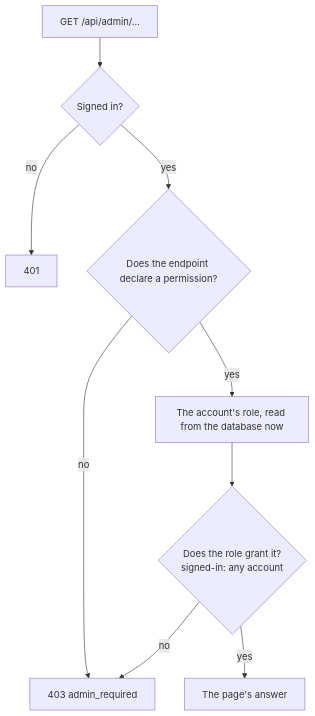
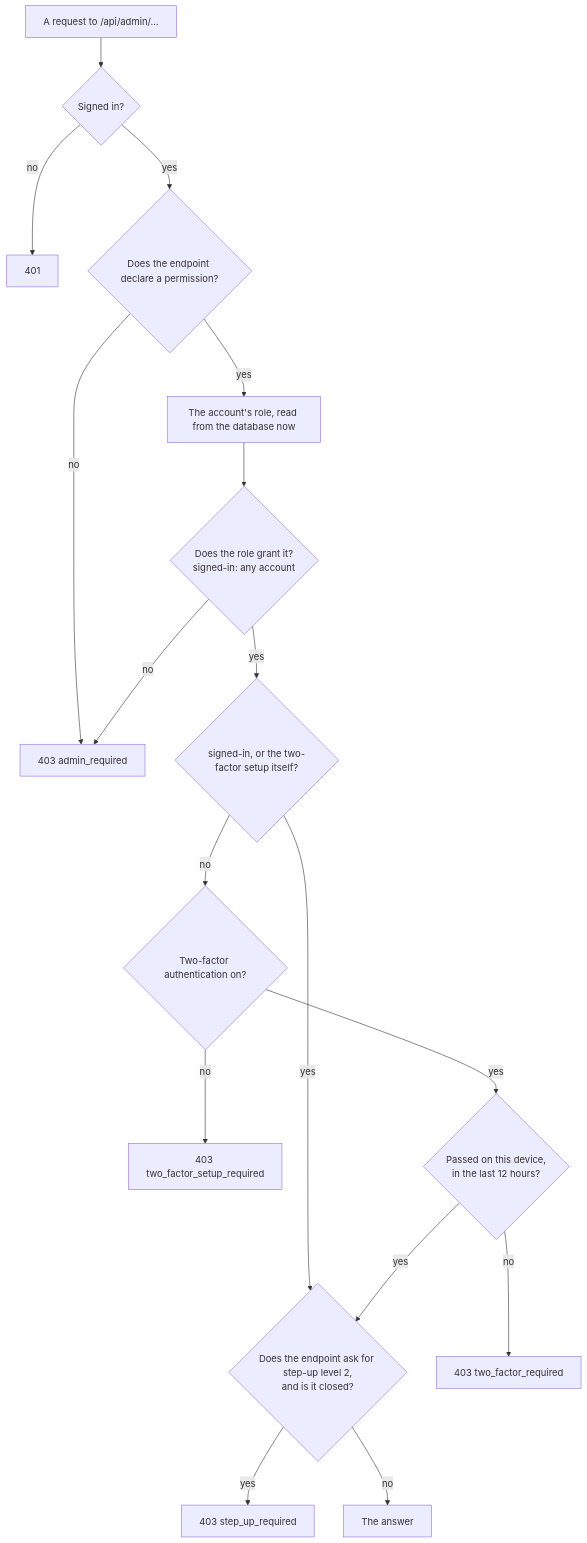
Before and after one commit to vinh466/tohe-play: the second of 4 diagrams in docs/architecture/admin.md, drawn with Mermaid. The commit also changed other lines of this file and 3 other files, not shown here.

First line of the commit message:
docs: the first owner, the console's two-factor authentication and its audit log

````diff
--- a/docs/architecture/admin.md
+++ b/docs/architecture/admin.md
@@ -47,11 +49,19 @@
 ```mermaid
 flowchart TD
-  request["GET /api/admin/…"] --> signed{"Signed in?"}
+  request["A request to /api/admin/…"] --> signed{"Signed in?"}
   signed -- no --> unauthorized["401"]
   signed -- yes --> declared{"Does the endpoint declare a permission?"}
   declared -- no --> refused["403 admin_required"]
   declared -- yes --> role["The account's role, read from the database now"]
   role --> grants{"Does the role grant it?<br/>signed-in: any account"}
   grants -- no --> refused
-  grants -- yes --> answer["The page's answer"]
+  grants -- yes --> open{"signed-in, or the two-factor setup itself?"}
+  open -- yes --> stepup
+  open -- no --> enabled{"Two-factor authentication on?"}
+  enabled -- no --> setup["403 two_factor_setup_required"]
+  enabled -- yes --> passed{"Passed on this device,<br/>in the last 12 hours?"}
+  passed -- no --> code["403 two_factor_required"]
+  passed -- yes --> stepup{"Does the endpoint ask for step-up level 2,<br/>and is it closed?"}
+  stepup -- yes --> step["403 step_up_required"]
+  stepup -- no --> answer["The answer"]
 ```
````
